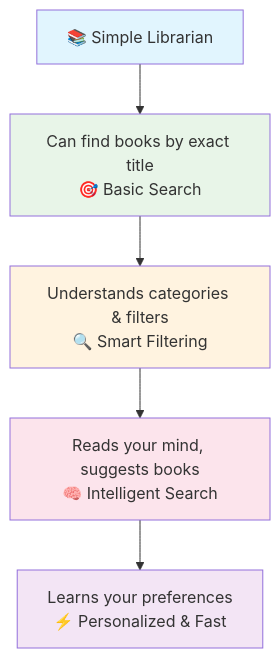
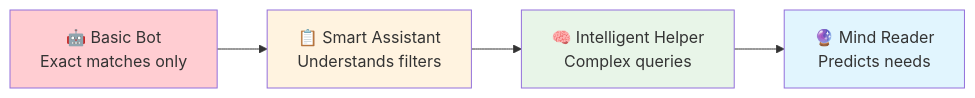
Before and after one commit to ridwanspace/restful-fastapi-guideline: the first of 6 diagrams in app/docs/03_intermediate/01-filtering-searching/page.mdx, drawn with Mermaid. The commit also changed other lines of this file, not shown here.

First line of the commit message:
📝 docs(docs): enhance filtering and searching documentation

````diff
--- a/app/docs/03_intermediate/01-filtering-searching/page.mdx
+++ b/app/docs/03_intermediate/01-filtering-searching/page.mdx
@@ -27,13 +21,11 @@
 ```mermaid
-graph TD
-    A[📚 Simple Librarian] --> B["Can find books by exact title<br/>🎯 Basic Search"]
-    B --> C["Understands categories & filters<br/>🔍 Smart Filtering"]
-    C --> D["Reads your mind, suggests books<br/>🧠 Intelligent Search"]
-    D --> E["Learns your preferences<br/>⚡ Personalized & Fast"]
+graph LR
+    A["🤖 Basic Bot<br/>Exact matches only"] --> B["📋 Smart Assistant<br/>Understands filters"]
+    B --> C["🧠 Intelligent Helper<br/>Complex queries"]
+    C --> D["🔮 Mind Reader<br/>Predicts needs"]
     
-    style A fill:#e1f5fe
-    style B fill:#e8f5e8
-    style C fill:#fff3e0
-    style D fill:#fce4ec
-    style E fill:#f3e5f5
+    style A fill:#ffcdd2
+    style B fill:#fff3e0
+    style C fill:#e8f5e8
+    style D fill:#e1f5fe
 ```
````
